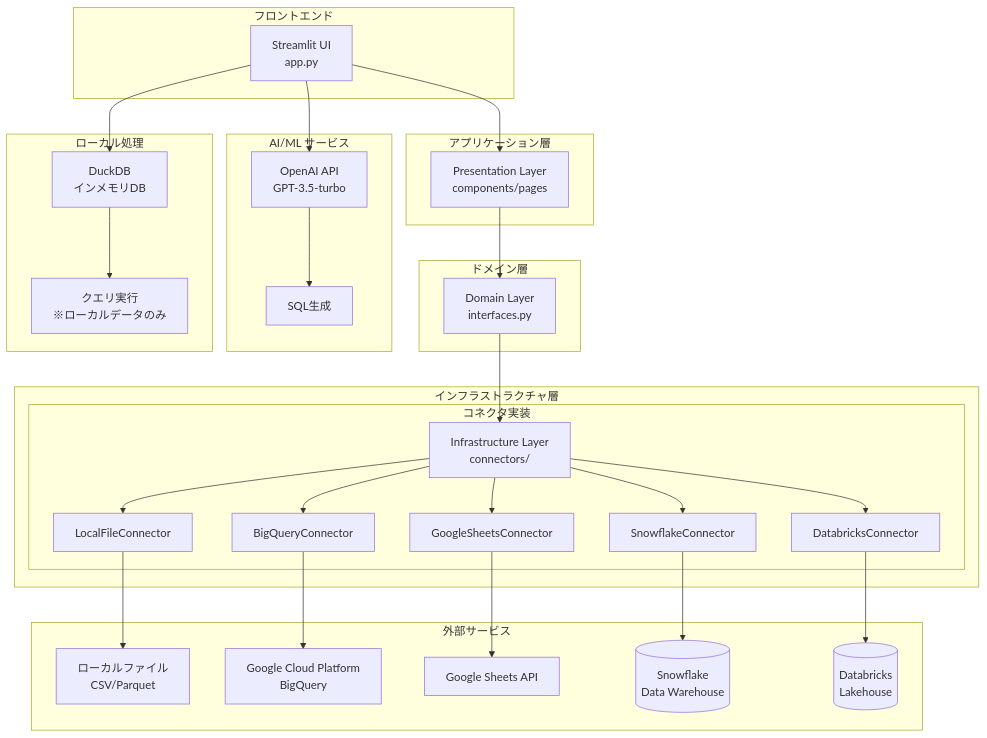
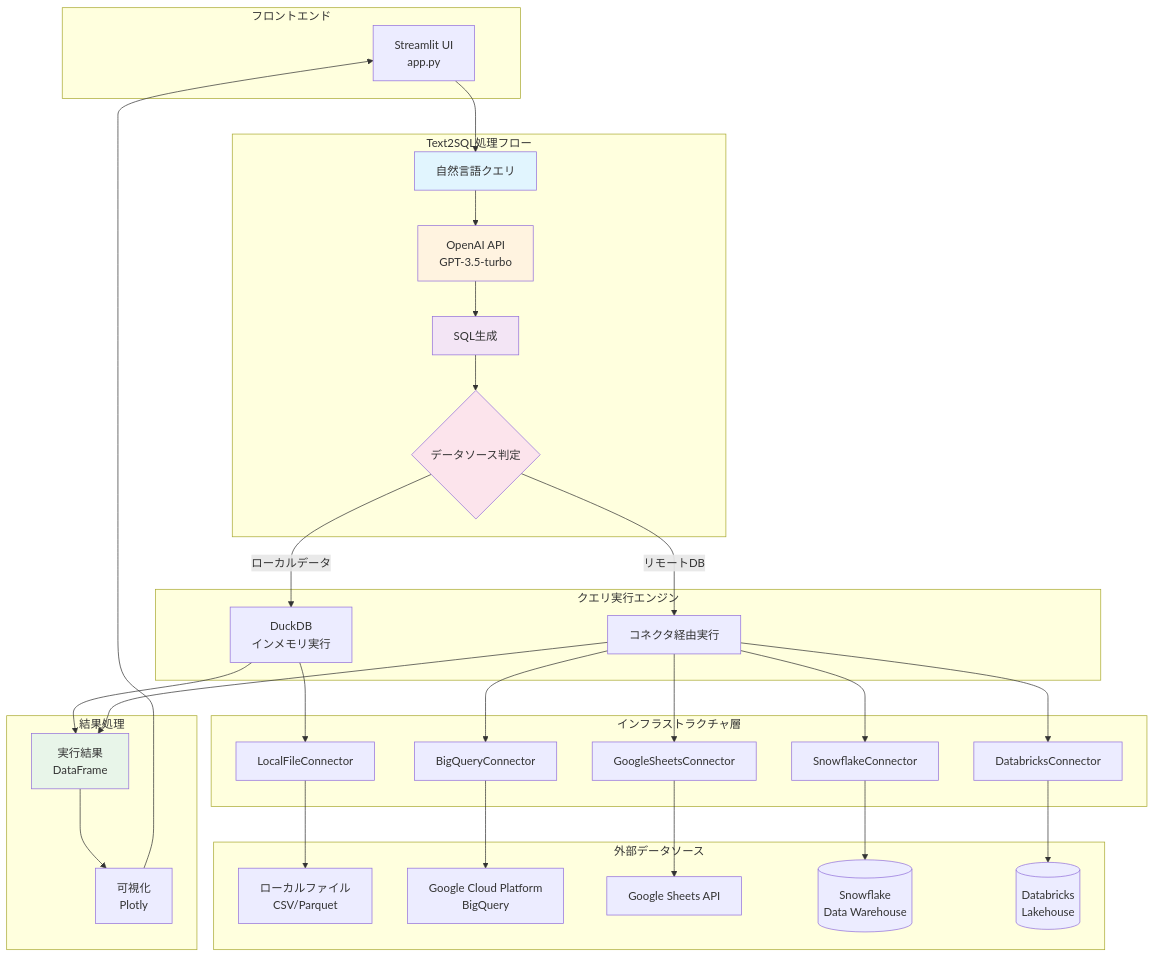
The first of 3 diagrams in architecture/system_architecture.md (RyutoYoda/simple_text2sql_v02), drawn with Mermaid before and after one commit. The commit also changed other lines of this file and 1 other file, not shown here.

First line of the commit message:
アーキテクチャ図を修正: Text2SQLフローを正確に表現

````diff
--- a/architecture/system_architecture.md
+++ b/architecture/system_architecture.md
@@ -8,44 +8,47 @@
 ```mermaid
 graph TB
     subgraph "フロントエンド"
         UI[Streamlit UI<br/>app.py]
     end
 
-    subgraph "アプリケーション層"
-        UI --> Presentation[Presentation Layer<br/>components/pages]
+    subgraph "Text2SQL処理フロー"
+        UI --> NLQ[自然言語クエリ]
+        NLQ --> OpenAI[OpenAI API<br/>GPT-3.5-turbo]
+        OpenAI --> SQL[SQL生成]
+        SQL --> Router{データソース判定}
     end
 
-    subgraph "ドメイン層"
-        Presentation --> Domain[Domain Layer<br/>interfaces.py]
+    subgraph "クエリ実行エンジン"
+        Router -->|ローカルデータ| DuckDB[DuckDB<br/>インメモリ実行]
+        Router -->|リモートDB| Connectors[コネクタ経由実行]
     end
 
     subgraph "インフラストラクチャ層"
-        Domain --> Infra[Infrastructure Layer<br/>connectors/]
-        
-        subgraph "コネクタ実装"
-            Infra --> LocalFile[LocalFileConnector]
-            Infra --> BigQuery[BigQueryConnector]
-            Infra --> Sheets[GoogleSheetsConnector]
-            Infra --> Snowflake[SnowflakeConnector]
-            Infra --> Databricks[DatabricksConnector]
-        end
+        DuckDB --> LocalFile[LocalFileConnector]
+        Connectors --> BigQuery[BigQueryConnector]
+        Connectors --> Sheets[GoogleSheetsConnector]
+        Connectors --> Snowflake[SnowflakeConnector]
+        Connectors --> Databricks[DatabricksConnector]
     end
 
-    subgraph "外部サービス"
+    subgraph "外部データソース"
         LocalFile --> Files[ローカルファイル<br/>CSV/Parquet]
         BigQuery --> GCP[Google Cloud Platform<br/>BigQuery]
         Sheets --> GoogleAPI[Google Sheets API]
         Snowflake --> SnowflakeDB[(Snowflake<br/>Data Warehouse)]
         Databricks --> DatabricksDB[(Databricks<br/>Lakehouse)]
     end
 
-    subgraph "AI/ML サービス"
-        UI --> OpenAI[OpenAI API<br/>GPT-3.5-turbo]
-        OpenAI --> SQL[SQL生成]
+    subgraph "結果処理"
+        DuckDB --> Result[実行結果<br/>DataFrame]
+        Connectors --> Result
+        Result --> Viz[可視化<br/>Plotly]
+        Viz --> UI
     end
 
-    subgraph "ローカル処理"
-        UI --> DuckDB[DuckDB<br/>インメモリDB]
-        DuckDB --> Query[クエリ実行<br/>※ローカルデータのみ]
-    end
+    style NLQ fill:#e1f5fe
+    style OpenAI fill:#fff3e0
+    style SQL fill:#f3e5f5
+    style Router fill:#fce4ec
+    style Result fill:#e8f5e9
 ```
````
